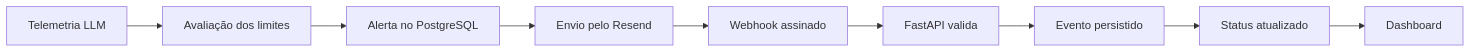
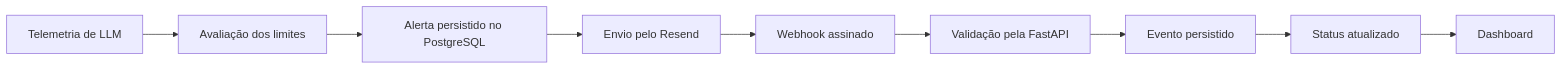
Before and after one commit to Rogerio5/INNA-Financial-Coach-AI: the second of 2 diagrams in README.md, drawn with Mermaid. The commit also changed other lines of this file, not shown here.

````diff
--- a/README.md
+++ b/README.md
@@ -895,11 +856,11 @@
 ```mermaid
 flowchart LR
-    A[Telemetria LLM] --> B[Avaliação dos limites]
-    B --> C[Alerta no PostgreSQL]
+    A[Telemetria de LLM] --> B[Avaliação dos limites]
+    B --> C[Alerta persistido no PostgreSQL]
     C --> D[Envio pelo Resend]
     D --> E[Webhook assinado]
-    E --> F[FastAPI valida]
+    E --> F[Validação pela FastAPI]
     F --> G[Evento persistido]
     G --> H[Status atualizado]
     H --> I[Dashboard]
 ```
````
